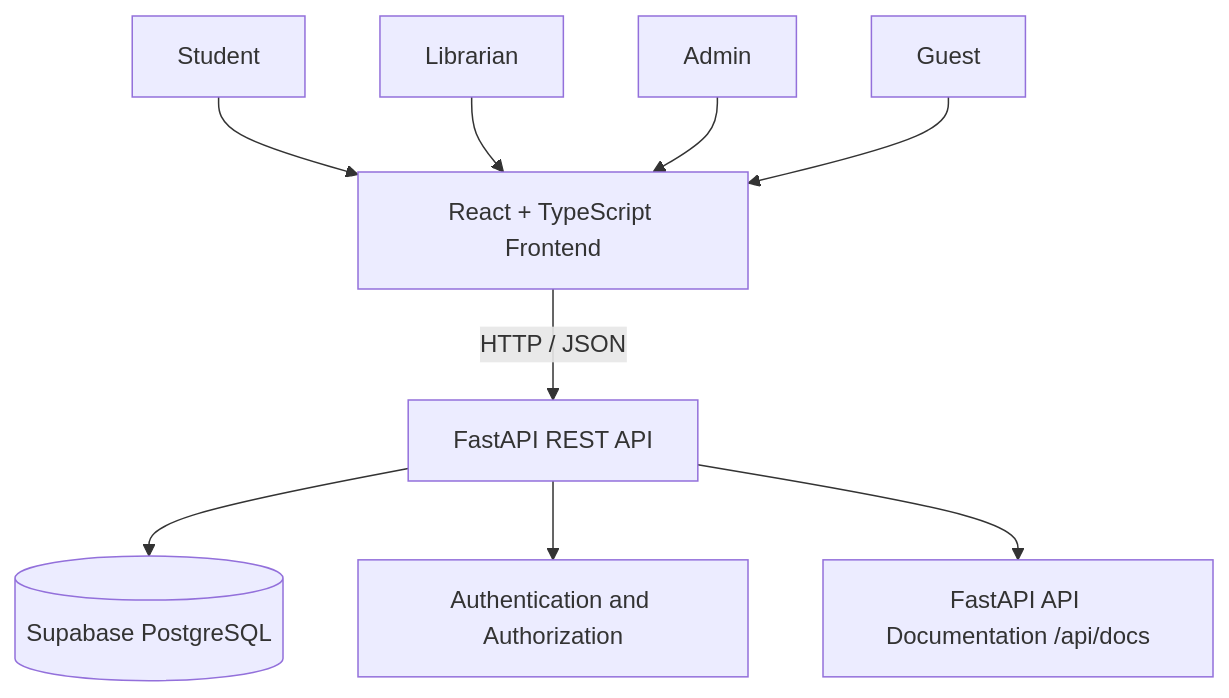
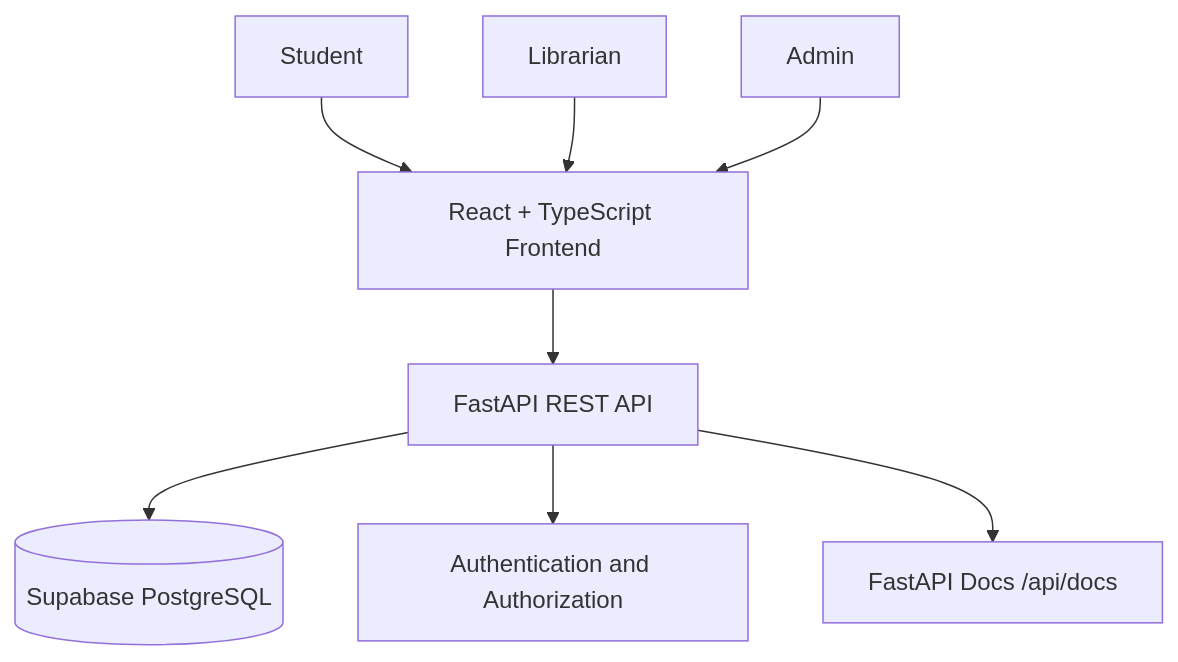
One commit to Adi1ba/LibraryNest changed the first of 4 diagrams in docs/02-srs.md. Above: the diagram before and after it, drawn with Mermaid. The commit also changed other lines of this file, not shown here.

Commit message:
Fix SRS typos and remove Guest role

````diff
--- a/docs/02-srs.md
+++ b/docs/02-srs.md
@@ -65,11 +65,11 @@
 ```mermaid
 flowchart TD
-    S[Student] --> FE[React + TypeScript Frontend]
-    L[Librarian] --> FE
-    A[Admin] --> FE
-    G[Guest] --> FE
-    FE -->|HTTP / JSON| API[FastAPI REST API]
+    Student --> Frontend[React + TypeScript Frontend]
+    Librarian --> Frontend
+    Admin --> Frontend
+
+    Frontend --> API[FastAPI REST API]
     API --> DB[(Supabase PostgreSQL)]
-    API --> AUTH[Authentication and Authorization]
-    API --> DOCS[FastAPI API Documentation /api/docs]
+    API --> Auth[Authentication and Authorization]
+    API --> Docs[FastAPI Docs /api/docs]
 ```
````
